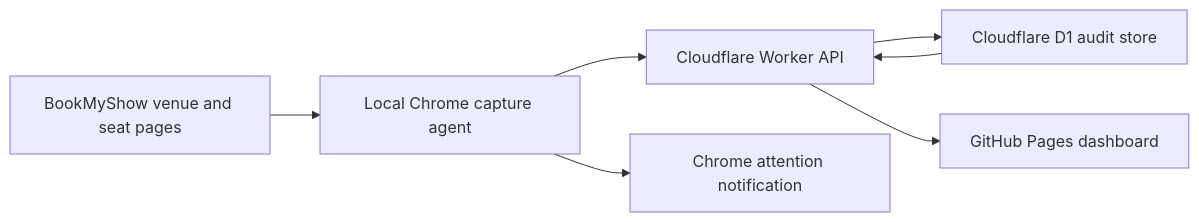
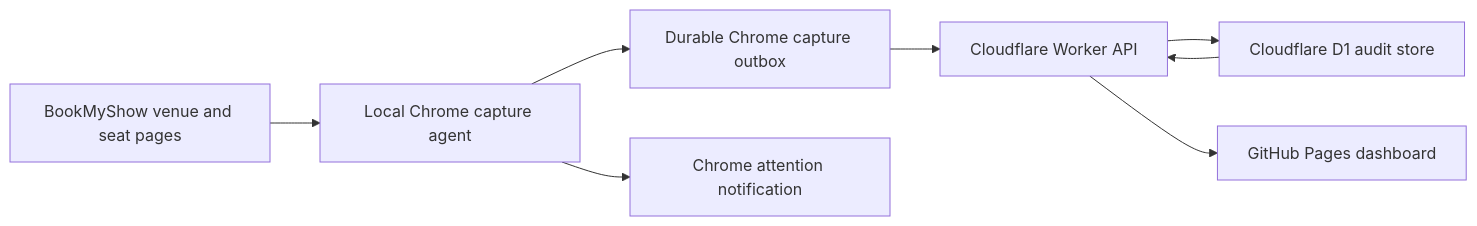
Before and after one commit to sathvikm9/Madanapalle: the diagram in docs/ARCHITECTURE.md, drawn with Mermaid. The commit also changed other lines of this file and 18 other files, not shown here.

Commit message:
Protect captures with a durable upload outbox

````diff
--- a/docs/ARCHITECTURE.md
+++ b/docs/ARCHITECTURE.md
@@ -16,9 +16,10 @@
 ```mermaid
 flowchart LR
   BMS["BookMyShow venue and seat pages"] --> C["Local Chrome capture agent"]
-  C --> API["Cloudflare Worker API"]
+  C --> OUTBOX["Durable Chrome capture outbox"]
+  OUTBOX --> API["Cloudflare Worker API"]
   API --> DB["Cloudflare D1 audit store"]
   DB --> API
   API --> WEB["GitHub Pages dashboard"]
   C --> ALERT["Chrome attention notification"]
 ```
````
